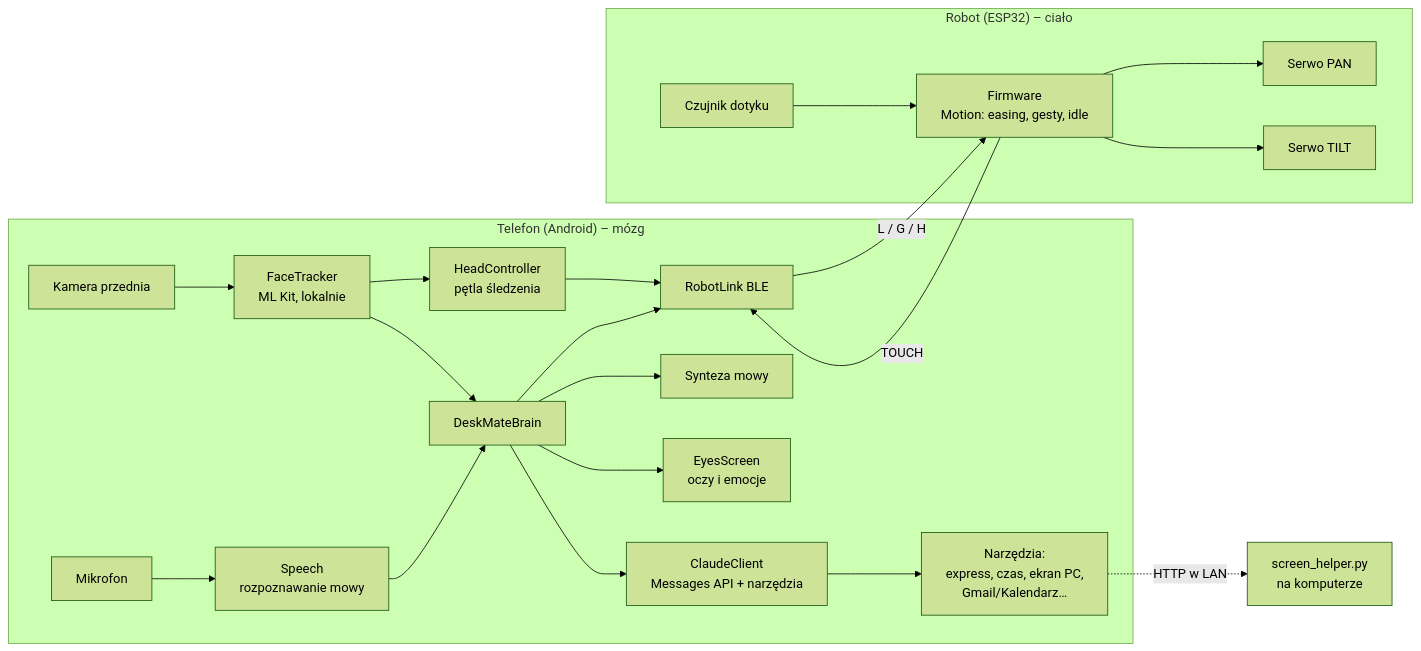
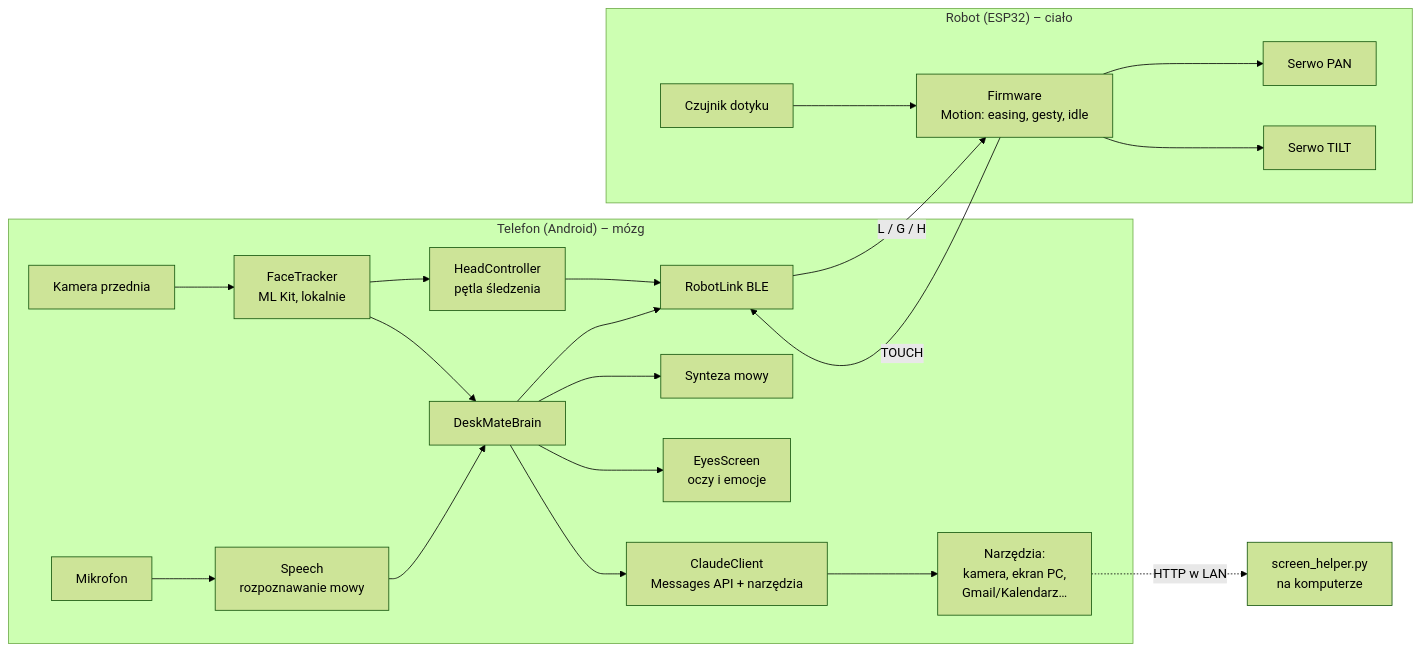
Before and after one commit to arekp/deskmate-diy: the diagram in docs/architektura.md, drawn with Mermaid (forest theme). The commit also changed 2 other files, not shown here.

Commit message:
Docs: nowy przepływ rozmowy, znacznik miny, szybszy router
Claude-Session: https://claude.ai/code/session_01TSTn65wFshUxrv6beHqP24

````diff
--- a/docs/architektura.md
+++ b/docs/architektura.md
@@ -3,24 +3,24 @@
 ```mermaid
 flowchart LR
     subgraph Telefon["Telefon (Android) – mózg"]
         CAM[Kamera przednia] --> FT[FaceTracker<br/>ML Kit, lokalnie]
         FT --> HC[HeadController<br/>pętla śledzenia]
         FT --> BR[DeskMateBrain]
         MIC[Mikrofon] --> SP[Speech<br/>rozpoznawanie mowy]
         SP --> BR
         BR --> CL[ClaudeClient<br/>Messages API + narzędzia]
-        CL --> TOOLS[Narzędzia:<br/>express, czas, ekran PC,<br/>Gmail/Kalendarz…]
+        CL --> TOOLS[Narzędzia:<br/>kamera, ekran PC,<br/>Gmail/Kalendarz…]
         BR --> TTS[Synteza mowy]
         BR --> EYES[EyesScreen<br/>oczy i emocje]
         HC --> BLE[RobotLink BLE]
         BR --> BLE
     end
     subgraph Robot["Robot (ESP32) – ciało"]
         BLE -- "L / G / H" --> FW[Firmware<br/>Motion: easing, gesty, idle]
         FW --> S1[Serwo PAN]
         FW --> S2[Serwo TILT]
         TOUCH[Czujnik dotyku] --> FW
         FW -- "TOUCH" --> BLE
     end
     TOOLS -. HTTP w LAN .-> PC[screen_helper.py<br/>na komputerze]
 ```
````
